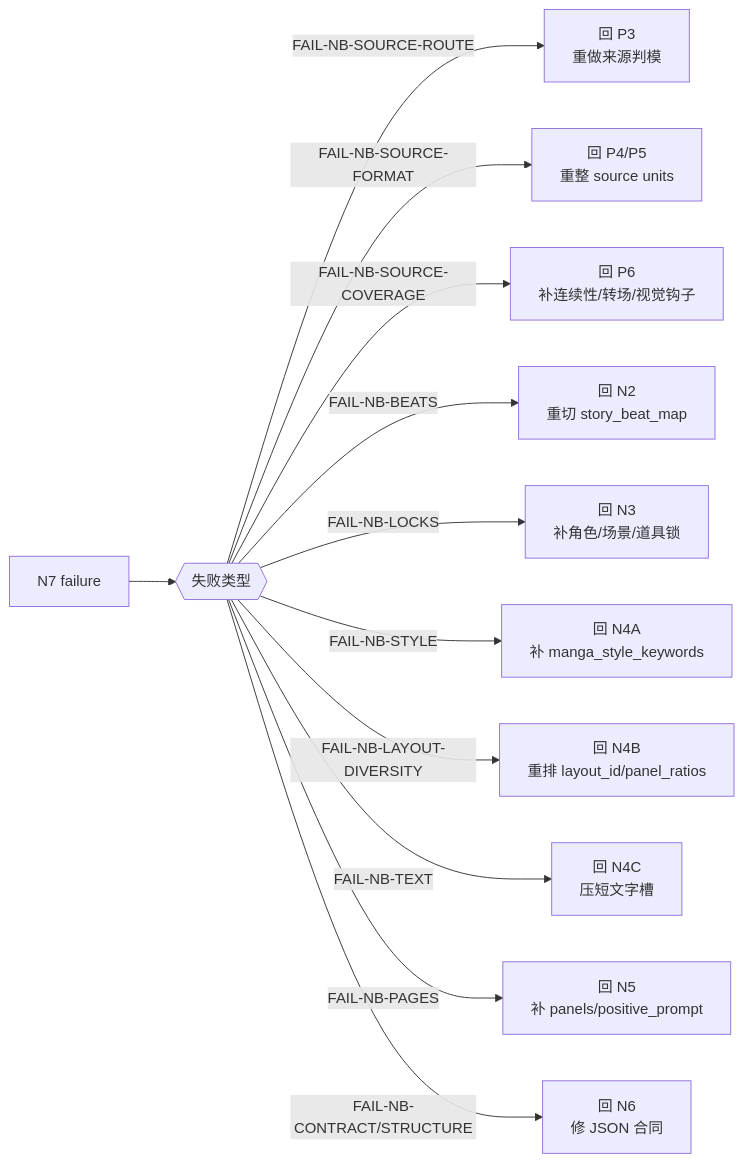
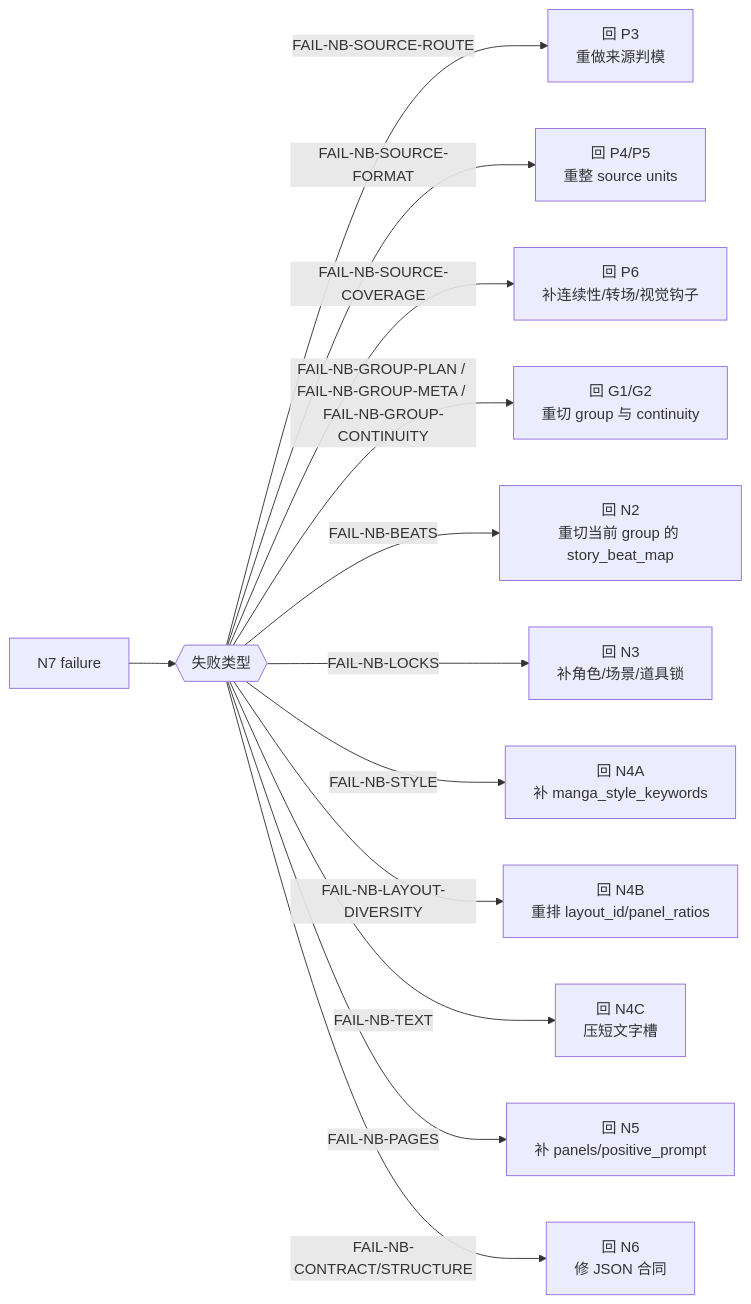
The second of 7 diagrams in .agents/skills/comic/2-九刀流漫画提示词/SKILL.md (ZEN-VOID/AI-CUT), drawn with Mermaid before and after one commit. The commit also changed other lines of this file and 151 other files, not shown here.

````diff
--- a/.agents/skills/comic/2-九刀流漫画提示词/SKILL.md
+++ b/.agents/skills/comic/2-九刀流漫画提示词/SKILL.md
@@ -139,14 +200,15 @@
 ```mermaid
 flowchart LR
     A["N7 failure"] --> B{{"失败类型"}}
     B -->|"FAIL-NB-SOURCE-ROUTE"| C["回 P3<br/>重做来源判模"]
     B -->|"FAIL-NB-SOURCE-FORMAT"| D["回 P4/P5<br/>重整 source units"]
     B -->|"FAIL-NB-SOURCE-COVERAGE"| E["回 P6<br/>补连续性/转场/视觉钩子"]
-    B -->|"FAIL-NB-BEATS"| F["回 N2<br/>重切 story_beat_map"]
-    B -->|"FAIL-NB-LOCKS"| G["回 N3<br/>补角色/场景/道具锁"]
-    B -->|"FAIL-NB-STYLE"| H["回 N4A<br/>补 manga_style_keywords"]
-    B -->|"FAIL-NB-LAYOUT-DIVERSITY"| I["回 N4B<br/>重排 layout_id/panel_ratios"]
-    B -->|"FAIL-NB-TEXT"| J["回 N4C<br/>压短文字槽"]
-    B -->|"FAIL-NB-PAGES"| K["回 N5<br/>补 panels/positive_prompt"]
-    B -->|"FAIL-NB-CONTRACT/STRUCTURE"| L["回 N6<br/>修 JSON 合同"]
+    B -->|"FAIL-NB-GROUP-PLAN / FAIL-NB-GROUP-META / FAIL-NB-GROUP-CONTINUITY"| F["回 G1/G2<br/>重切 group 与 continuity"]
+    B -->|"FAIL-NB-BEATS"| G["回 N2<br/>重切当前 group 的 story_beat_map"]
+    B -->|"FAIL-NB-LOCKS"| H["回 N3<br/>补角色/场景/道具锁"]
+    B -->|"FAIL-NB-STYLE"| I["回 N4A<br/>补 manga_style_keywords"]
+    B -->|"FAIL-NB-LAYOUT-DIVERSITY"| J["回 N4B<br/>重排 layout_id/panel_ratios"]
+    B -->|"FAIL-NB-TEXT"| K["回 N4C<br/>压短文字槽"]
+    B -->|"FAIL-NB-PAGES"| L["回 N5<br/>补 panels/positive_prompt"]
+    B -->|"FAIL-NB-CONTRACT/STRUCTURE"| M["回 N6<br/>修 JSON 合同"]
 ```
````
